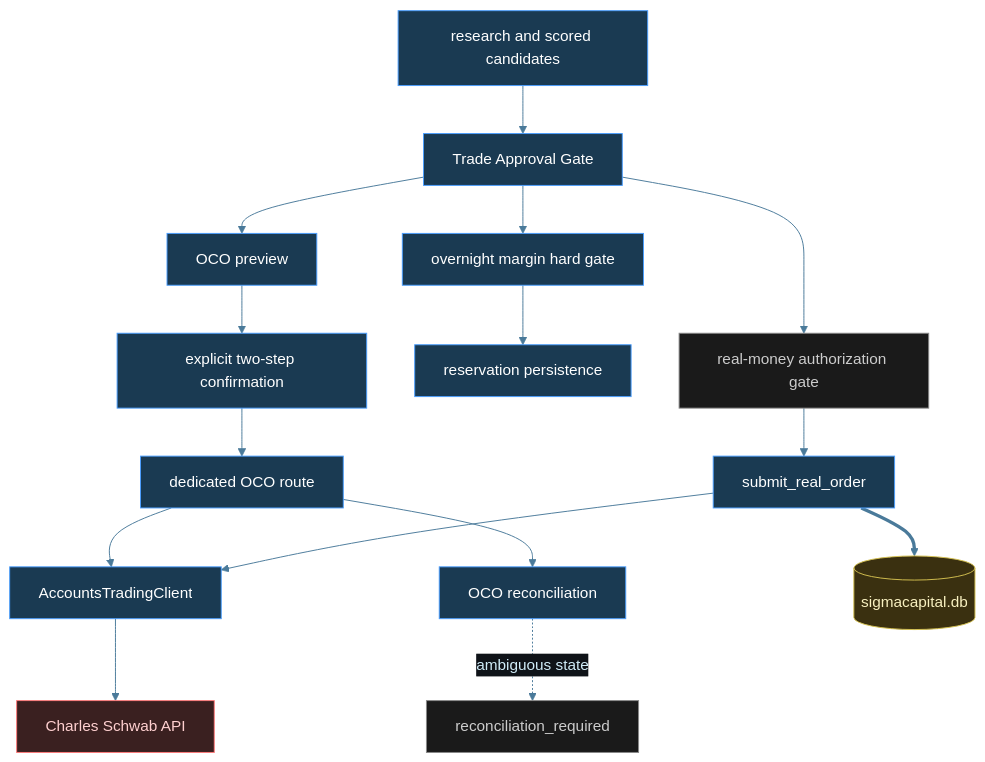
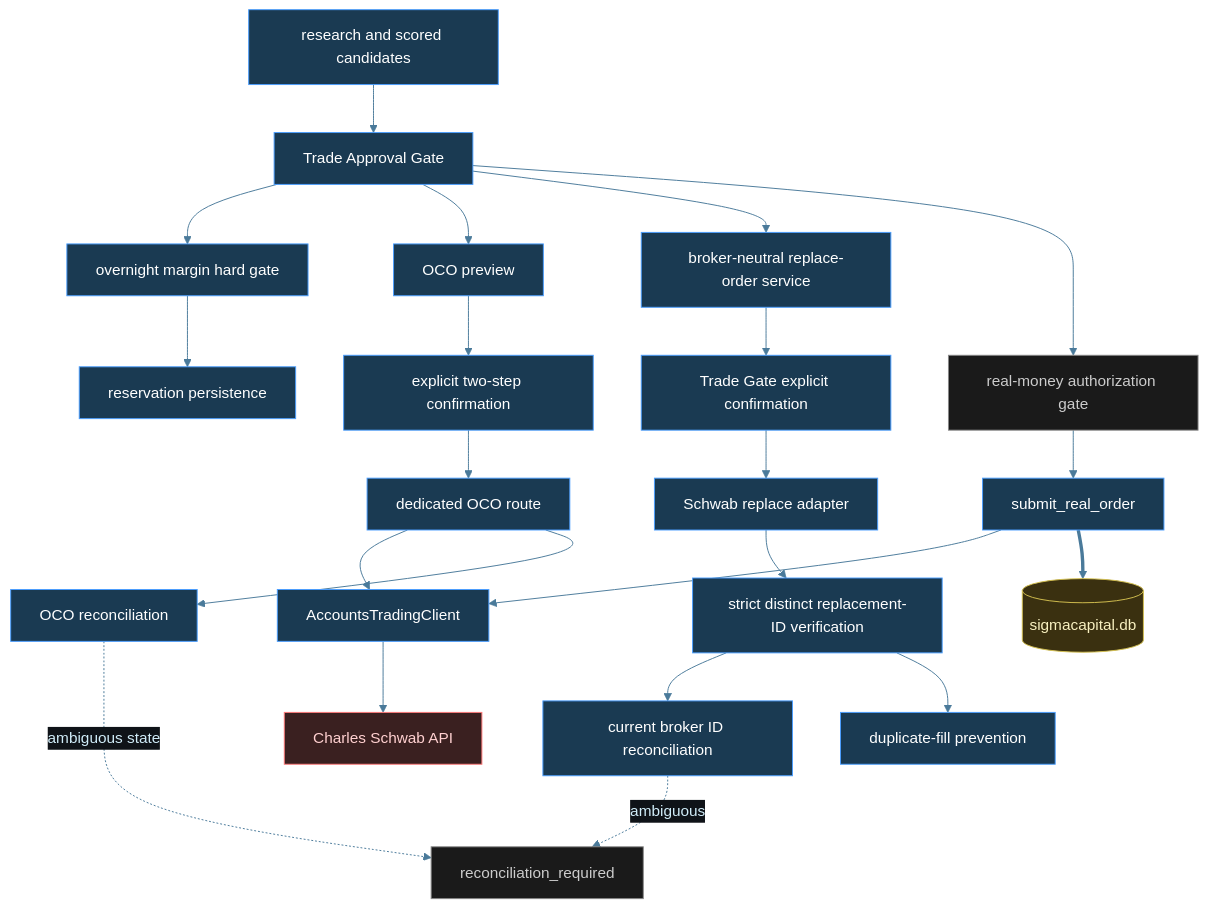
The diagram in diagrams/capital-derived-trading-controls.mmd (tylerdrakemusic/-Workspace), drawn with Mermaid before and after one commit. The commit also changed 4 other files, not shown here.

Commit message:
docs: sync Capital architecture diagrams

```diff
--- a/diagrams/capital-derived-trading-controls.mmd
+++ b/diagrams/capital-derived-trading-controls.mmd
@@ -1,26 +1,33 @@
 %%{init: {'theme': 'base', 'themeVariables': {'primaryColor': '#1a2e3a', 'primaryTextColor': '#d0ecf8', 'edgeLabelBackground': '#0f1318', 'lineColor': '#4a7a9a'}}}%%
 %% is_derived_view=true
 %% Traceability.parent: diagrams/capital-architecture.mmd
 graph TB
     Research[research and scored candidates] --> TradeGate[Trade Approval Gate]
     TradeGate --> MarginGate[overnight margin hard gate]
     TradeGate --> Preview[OCO preview]
     Preview --> Confirm[explicit two-step confirmation]
     Confirm --> OCO[dedicated OCO route]
     OCO --> AccountsTrading[AccountsTradingClient]
     AccountsTrading --> Schwab[Charles Schwab API]
+    TradeGate --> ReplaceService[broker-neutral replace-order service]
+    ReplaceService --> ReplaceConfirm[Trade Gate explicit confirmation]
+    ReplaceConfirm --> SchwabReplace[Schwab replace adapter]
+    SchwabReplace --> ReplacementVerify[strict distinct replacement-ID verification]
+    ReplacementVerify --> BrokerIdReconcile[current broker ID reconciliation]
+    BrokerIdReconcile -.->|ambiguous| Block[reconciliation_required]
+    ReplacementVerify --> DuplicateFillGuard[duplicate-fill prevention]
     OCO --> Reconcile[OCO reconciliation]
-    Reconcile -.->|ambiguous state| Block[reconciliation_required]
+    Reconcile -.->|ambiguous state| Block
     MarginGate --> MarginStore[reservation persistence]
     TradeGate --> RealGate[real-money authorization gate]
     RealGate --> Submit[submit_real_order]
     Submit --> AccountsTrading
     Submit ==> DB[(sigmacapital.db)]
-    class Research,TradeGate,MarginGate,Preview,Confirm,OCO,AccountsTrading,Reconcile,MarginStore,Submit orch
+    class Research,TradeGate,MarginGate,Preview,Confirm,OCO,AccountsTrading,Reconcile,MarginStore,Submit,ReplaceService,ReplaceConfirm,SchwabReplace,ReplacementVerify,BrokerIdReconcile,DuplicateFillGuard orch
     class RealGate,Block state
     class DB db
     class Schwab ext
 classDef orch fill:#1a3a52,stroke:#4a9eff,color:#fff
 classDef ext fill:#3a2020,stroke:#ff7a7a,color:#ffd0d0
 classDef db fill:#3a3010,stroke:#d4c050,color:#f8f0c0
 classDef state fill:#1a1a1a,stroke:#888888,color:#cccccc
```
